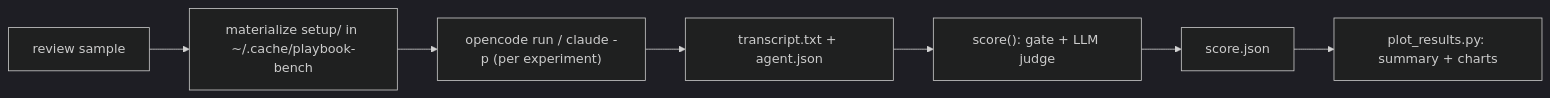
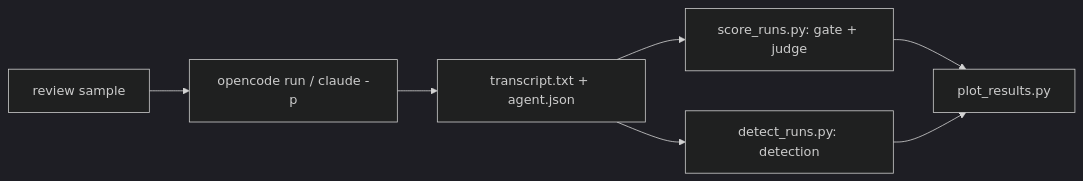
One commit to msobroza/coding-agent-playbook changed the diagram in benchmarks/README.md. Above: the diagram before and after it, drawn with Mermaid (dark theme). The commit also changed other lines of this file and 550 other files, not shown here.

First line of the commit message:
feat(prompts): the review runs a bug-only pass beside its first pass (#327)

````diff
--- a/benchmarks/README.md
+++ b/benchmarks/README.md
@@ -42,9 +67,7 @@
 ```mermaid
 flowchart LR
-  S[review sample] --> M[materialize setup/ in ~/.cache/playbook-bench]
-  M --> A["opencode run / claude -p (per experiment)"]
+  S[review sample] --> A["opencode run / claude -p"]
   A --> T[transcript.txt + agent.json]
-  T --> G["score(): gate + LLM judge"]
-  G --> R[score.json]
-  R --> P[plot_results.py: summary + charts]
+  T --> G["score_runs.py: gate + judge"] --> P[plot_results.py]
+  T --> D["detect_runs.py: detection"] --> P
 ```
````
